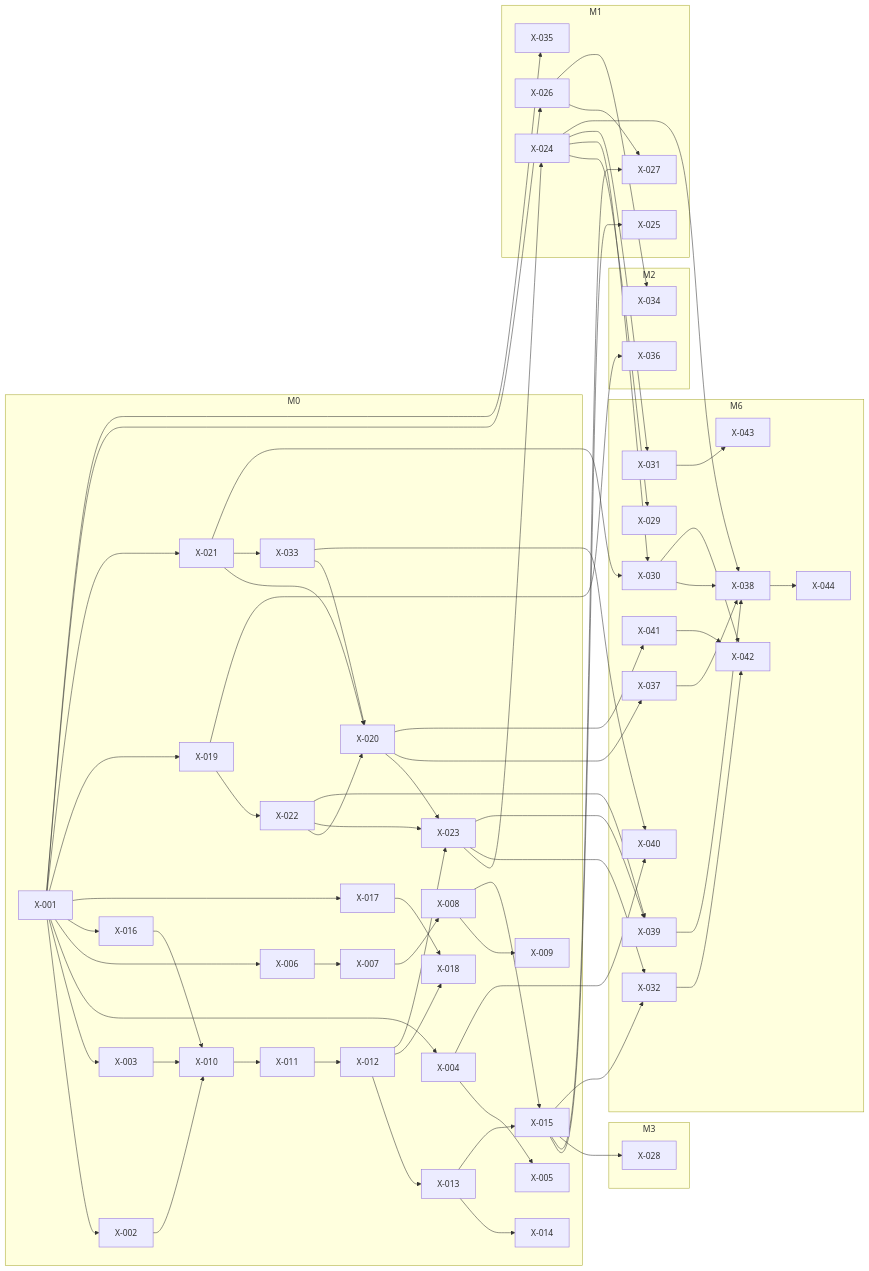
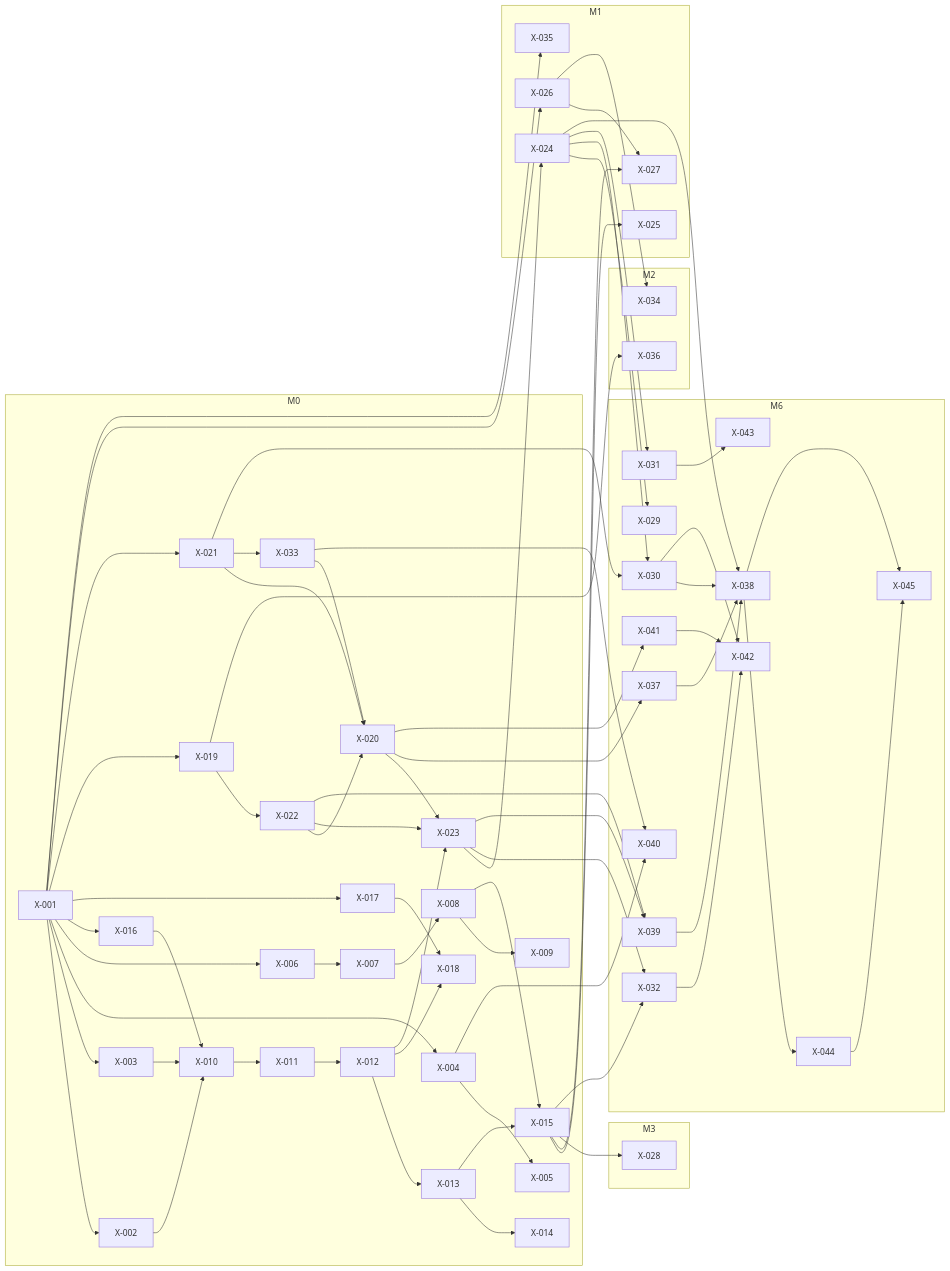
Before and after one commit to bhagwati-prasad/velexis-ota: the diagram in docs/mvp/plans/foundation-tasks.md, drawn with Mermaid. The commit also changed other lines of this file and 15 other files, not shown here.

````diff
--- a/docs/mvp/plans/foundation-tasks.md
+++ b/docs/mvp/plans/foundation-tasks.md
@@ -1262,6 +1285,7 @@
     X_042["X-042"]
     X_043["X-043"]
     X_044["X-044"]
+    X_045["X-045"]
   end
   X_001 --> X_002
   X_001 --> X_003
@@ -1324,4 +1348,6 @@
   X_041 --> X_042
   X_031 --> X_043
   X_038 --> X_044
+  X_038 --> X_045
+  X_044 --> X_045
 ```
````
